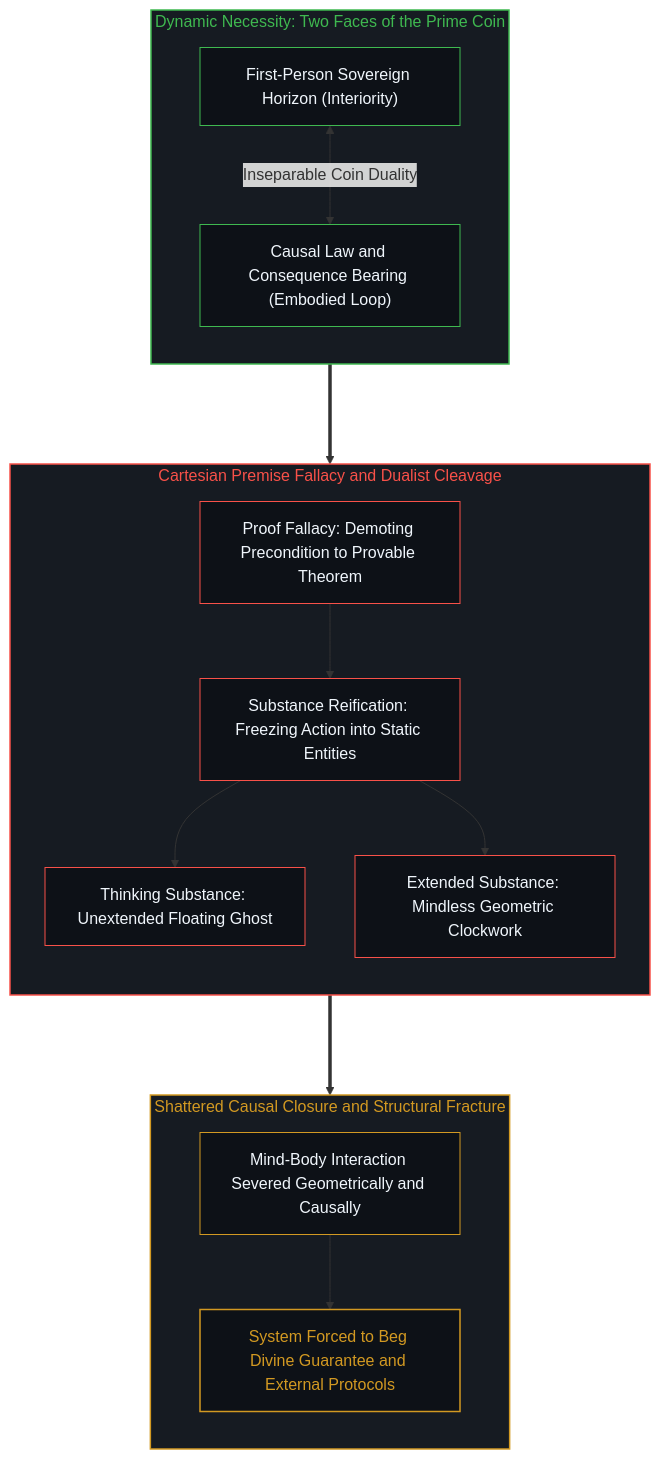
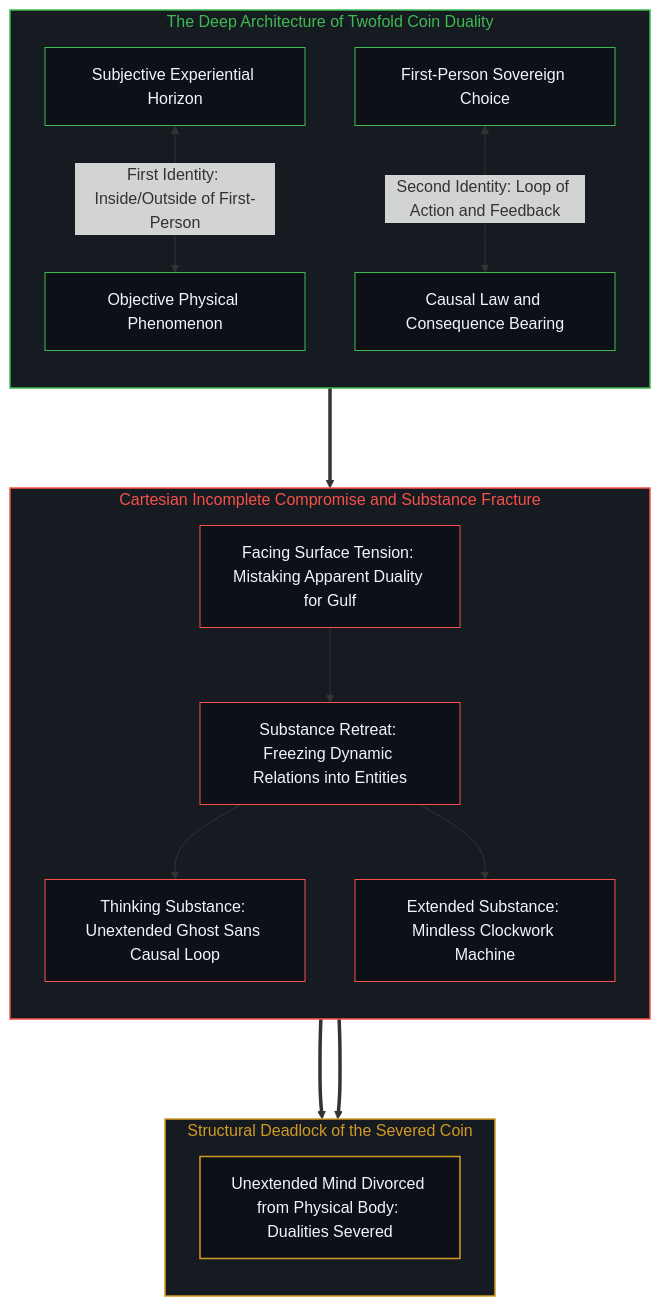
One commit to powerpig99/not-a-toe changed the fourth of 10 diagrams in content/posts/the-cartesian-overstep-and-the-frenzy-of-creation.md. Above: the diagram before and after it, drawn with Mermaid. The commit also changed other lines of this file and 3 other files, not shown here.

Commit message:
Refine Post #337: Epistemic leap, twofold coin duality, and the self-defeating creation paradox

````diff
--- a/content/posts/the-cartesian-overstep-and-the-frenzy-of-creation.md
+++ b/content/posts/the-cartesian-overstep-and-the-frenzy-of-creation.md
@@ -138,34 +137,36 @@
 ```mermaid
 graph TD
-    subgraph S_DynamicGround_EN ["Dynamic Necessity: Two Faces of the Prime Coin"]
+    subgraph S_DualityLost_EN ["The Deep Architecture of Twofold Coin Duality"]
         direction TB
-        DE_FirstPerson["First-Person Sovereign Horizon (Interiority)"] <-->|"Inseparable Coin Duality"| DE_CausalLoop["Causal Law and Consequence Bearing (Embodied Loop)"]
+        C1E_Subject["Subjective Experiential Horizon"] <-->|"First Identity: Inside/Outside of First-Person"| C1E_Object["Objective Physical Phenomenon"]
+        C2E_FirstPerson["First-Person Sovereign Choice"] <-->|"Second Identity: Loop of Action and Feedback"| C2E_Causality["Causal Law and Consequence Bearing"]
     end
 
-    subgraph S_CartesianCleavage_EN ["Cartesian Premise Fallacy and Dualist Cleavage"]
+    subgraph S_CartesianRetreat_EN ["Cartesian Incomplete Compromise and Substance Fracture"]
         direction TB
-        FE_ProofFallacy["Proof Fallacy: Demoting Precondition to Provable Theorem"] --> FE_SubstanceCut["Substance Reification: Freezing Action into Static Entities"]
-        FE_SubstanceCut --> FE_ResCogitans["Thinking Substance: Unextended Floating Ghost"]
-        FE_SubstanceCut --> FE_ResExtensa["Extended Substance: Mindless Geometric Clockwork"]
+        RE_Surface["Facing Surface Tension: Mistaking Apparent Duality for Gulf"] --> RE_Reify["Substance Retreat: Freezing Dynamic Relations into Entities"]
+        RE_Reify --> RE_Cogitans["Thinking Substance: Unextended Ghost Sans Causal Loop"]
+        RE_Reify --> RE_Extensa["Extended Substance: Mindless Clockwork Machine"]
     end
 
-    subgraph S_BrokenClosure_EN ["Shattered Causal Closure and Structural Fracture"]
+    subgraph S_FracturedVoid_EN ["Structural Deadlock of the Severed Coin"]
         direction TB
-        BE_MindBodyGulf["Mind-Body Interaction Severed Geometrically and Causally"] --> BE_ExternalGod["System Forced to Beg Divine Guarantee and External Protocols"]
+        FE_Deadlock["Unextended Mind Divorced from Physical Body: Dualities Severed"]
     end
 
-    DE_CausalLoop ===> FE_ProofFallacy
-    FE_ResExtensa ===> BE_MindBodyGulf
+    C2E_Causality ===> RE_Surface
+    RE_Cogitans & RE_Extensa ===> FE_Deadlock
 
-    style S_DynamicGround_EN fill:#161b22,stroke:#3fb950,stroke-width:1.5px,color:#3fb950
-    style S_CartesianCleavage_EN fill:#161b22,stroke:#f85149,stroke-width:1.5px,color:#f85149
-    style S_BrokenClosure_EN fill:#161b22,stroke:#d29922,stroke-width:1.5px,color:#d29922
-    style DE_FirstPerson fill:#0d1117,stroke:#3fb950,stroke-width:1px,color:#f0f6fc
-    style DE_CausalLoop fill:#0d1117,stroke:#3fb950,stroke-width:1px,color:#f0f6fc
-    style FE_ProofFallacy fill:#0d1117,stroke:#f85149,stroke-width:1px,color:#f0f6fc
-    style FE_SubstanceCut fill:#0d1117,stroke:#f85149,stroke-width:1px,color:#f0f6fc
-    style FE_ResCogitans fill:#0d1117,stroke:#f85149,stroke-width:1px,color:#f0f6fc
-    style FE_ResExtensa fill:#0d1117,stroke:#f85149,stroke-width:1px,color:#f0f6fc
-    style BE_MindBodyGulf fill:#0d1117,stroke:#d29922,stroke-width:1px,color:#f0f6fc
-    style BE_ExternalGod fill:#0d1117,stroke:#d29922,stroke-width:1.5px,color:#d29922
+    style S_DualityLost_EN fill:#161b22,stroke:#3fb950,stroke-width:1.5px,color:#3fb950
+    style S_CartesianRetreat_EN fill:#161b22,stroke:#f85149,stroke-width:1.5px,color:#f85149
+    style S_FracturedVoid_EN fill:#161b22,stroke:#d29922,stroke-width:1.5px,color:#d29922
+    style C1E_Subject fill:#0d1117,stroke:#3fb950,stroke-width:1px,color:#f0f6fc
+    style C1E_Object fill:#0d1117,stroke:#3fb950,stroke-width:1px,color:#f0f6fc
+    style C2E_FirstPerson fill:#0d1117,stroke:#3fb950,stroke-width:1px,color:#f0f6fc
+    style C2E_Causality fill:#0d1117,stroke:#3fb950,stroke-width:1px,color:#f0f6fc
+    style RE_Surface fill:#0d1117,stroke:#f85149,stroke-width:1px,color:#f0f6fc
+    style RE_Reify fill:#0d1117,stroke:#f85149,stroke-width:1px,color:#f0f6fc
+    style RE_Cogitans fill:#0d1117,stroke:#f85149,stroke-width:1px,color:#f0f6fc
+    style RE_Extensa fill:#0d1117,stroke:#f85149,stroke-width:1px,color:#f0f6fc
+    style FE_Deadlock fill:#0d1117,stroke:#d29922,stroke-width:1.5px,color:#f0f6fc
 ```
````
